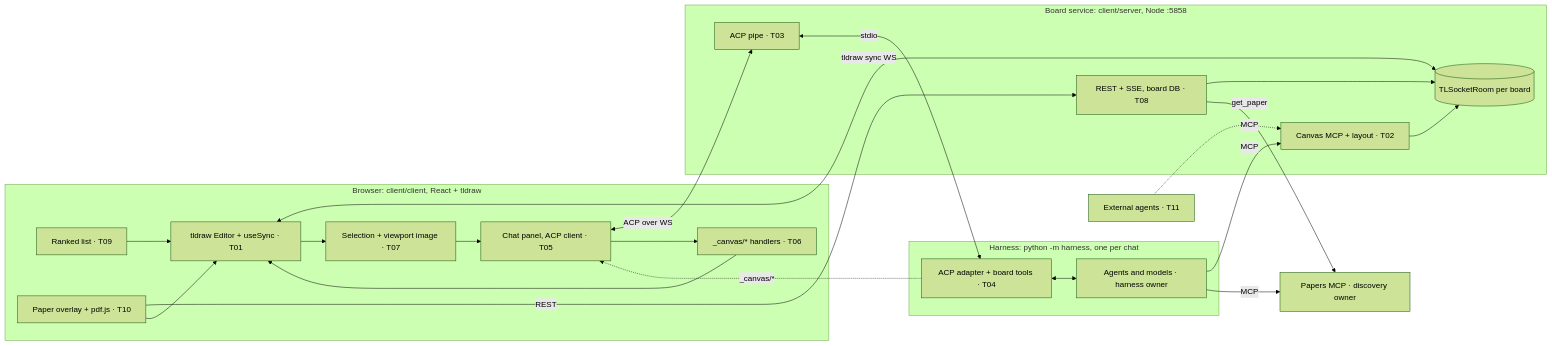
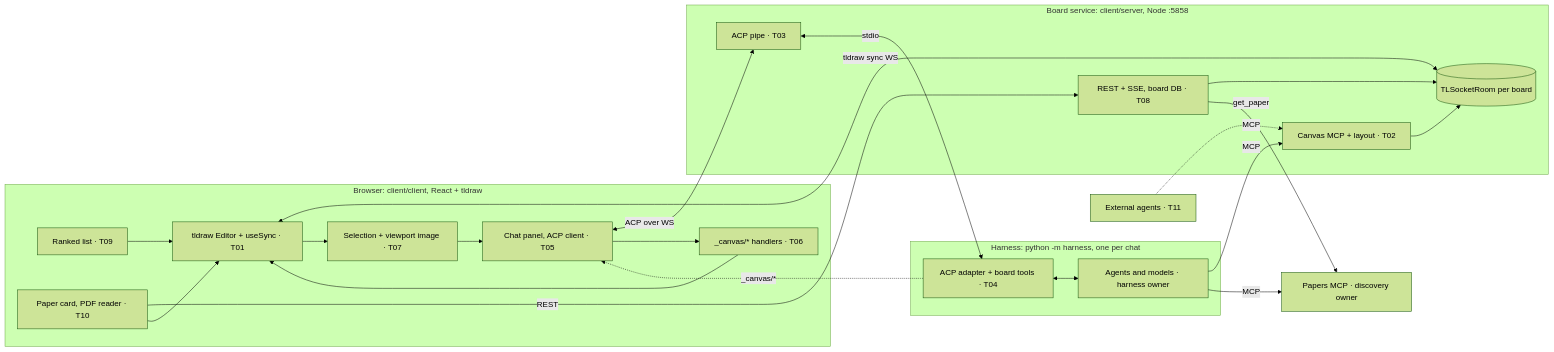
Before and after one commit to kmariuszk/nebius-hackathon: the second of 3 diagrams in docs/wps/tldraw-integration/README.md, drawn with Mermaid (forest theme). The commit also changed other lines of this file and 15 other files, not shown here.

````diff
--- a/docs/wps/tldraw-integration/README.md
+++ b/docs/wps/tldraw-integration/README.md
@@ -97,40 +126,40 @@
 ```mermaid
 flowchart LR
   subgraph BR["Browser: client/client, React + tldraw"]
     ED["tldraw Editor + useSync · T01"]
     CP["Chat panel, ACP client · T05"]
     VA["_canvas/* handlers · T06"]
     CX["Selection + viewport image · T07"]
     RL["Ranked list · T09"]
-    OV["Paper overlay + pdf.js · T10"]
+    OV["Paper card, PDF reader · T10"]
   end
   subgraph BS["Board service: client/server, Node :5858"]
     SR[("TLSocketRoom per board")]
     MC["Canvas MCP + layout · T02"]
     PI["ACP pipe · T03"]
     RE["REST + SSE, board DB · T08"]
   end
   subgraph HA["Harness: python -m harness, one per chat"]
     AD["ACP adapter + board tools · T04"]
     AG["Agents and models · harness owner"]
   end
   PM["Papers MCP · discovery owner"]
   EA["External agents · T11"]
 
   ED <-->|"tldraw sync WS"| SR
   CP <-->|"ACP over WS"| PI
   PI <-->|"stdio"| AD
   AD <--> AG
   AG -->|"MCP"| MC
   AG -->|"MCP"| PM
   EA -.->|"MCP"| MC
   MC --> SR
   RE --> SR
   RE -->|"get_paper"| PM
   AD -.->|"_canvas/*"| CP
   CP --> VA --> ED
   ED --> CX --> CP
   RL --> ED
   OV -->|"REST"| RE
   OV --> ED
 ```
````
